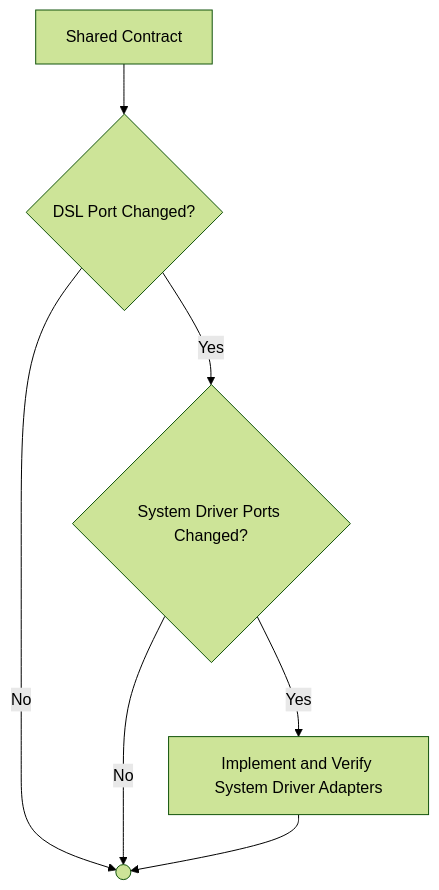
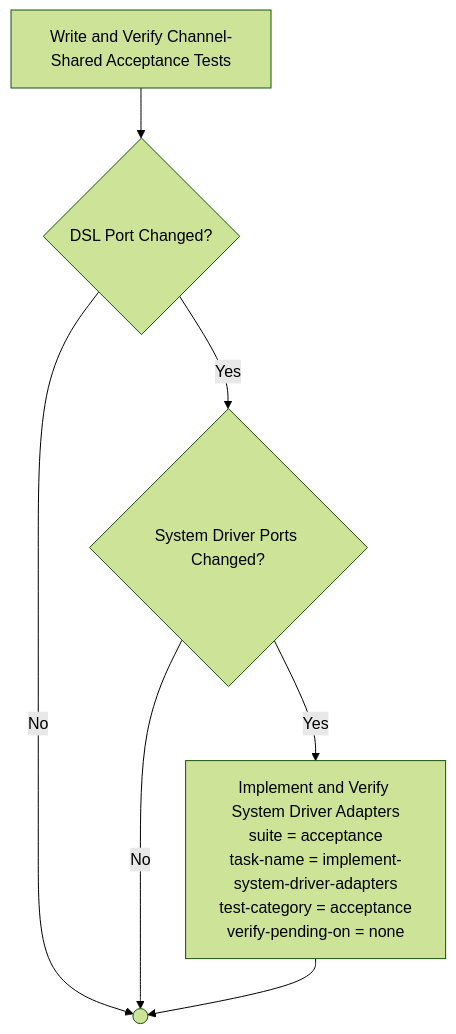
One commit to optivem/gh-optivem changed diagram 14 of 51 in docs/process-diagram.md. Above: the diagram before and after it, drawn with Mermaid (forest theme). The commit also changed other lines of this file and 3 other files, not shown here.

````diff
--- a/docs/process-diagram.md
+++ b/docs/process-diagram.md
@@ -267,15 +267,15 @@
 ```mermaid
 flowchart TD
+    SHARED_CONTRACT[Write and Verify Channel-Shared Acceptance Tests]
     GATE_DSL_PORT_CHANGED{DSL Port Changed?}
     GATE_SYSTEM_DRIVER_PORTS_CHANGED{System Driver Ports Changed?}
-    IMPLEMENT_AND_VERIFY_SYSTEM_DRIVER_ADAPTERS[Implement and Verify System Driver Adapters]
-    SHARED_CONTRACT[Shared Contract]
     WAV_AT_END(( ))
+    IMPLEMENT_AND_VERIFY_SYSTEM_DRIVER_ADAPTERS["Implement and Verify System Driver Adapters<br/>suite = acceptance<br/>task-name = implement-system-driver-adapters<br/>test-category = acceptance<br/>verify-pending-on = none"]
 
     SHARED_CONTRACT --> GATE_DSL_PORT_CHANGED
     GATE_DSL_PORT_CHANGED -- Yes --> GATE_SYSTEM_DRIVER_PORTS_CHANGED
     GATE_DSL_PORT_CHANGED -- No --> WAV_AT_END
     GATE_SYSTEM_DRIVER_PORTS_CHANGED -- Yes --> IMPLEMENT_AND_VERIFY_SYSTEM_DRIVER_ADAPTERS
     GATE_SYSTEM_DRIVER_PORTS_CHANGED -- No --> WAV_AT_END
     IMPLEMENT_AND_VERIFY_SYSTEM_DRIVER_ADAPTERS --> WAV_AT_END
 ```
````
